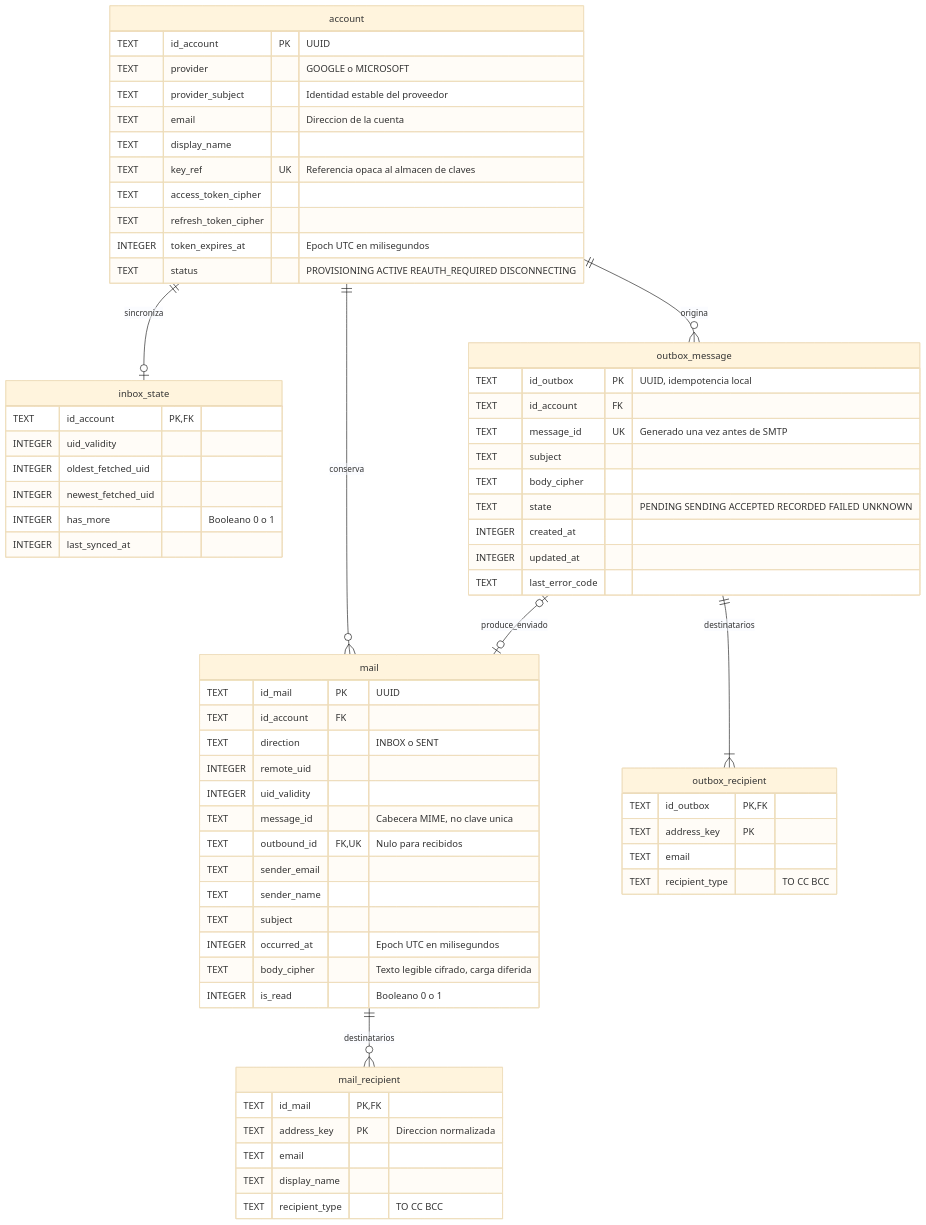
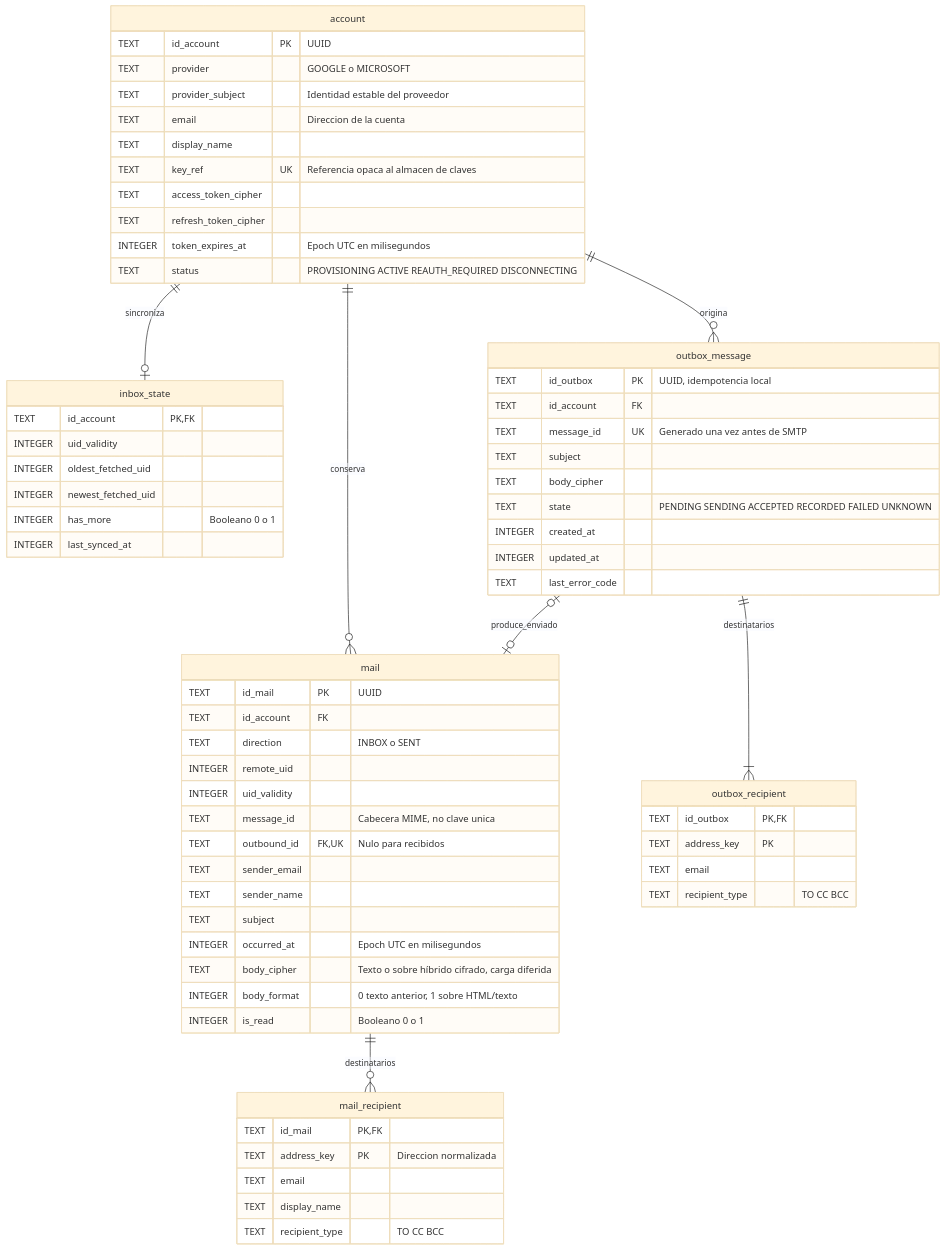
Before and after one commit to JuanPablo72000/evermail: the diagram in docs/diagrams/er-diagram.md, drawn with Mermaid (base theme). The commit also changed other lines of this file and 29 other files, not shown here.

````diff
--- a/docs/diagrams/er-diagram.md
+++ b/docs/diagrams/er-diagram.md
@@ -5,68 +5,69 @@
 ```mermaid
 erDiagram
     account {
         TEXT id_account PK "UUID"
         TEXT provider "GOOGLE o MICROSOFT"
         TEXT provider_subject "Identidad estable del proveedor"
         TEXT email "Direccion de la cuenta"
         TEXT display_name
         TEXT key_ref UK "Referencia opaca al almacen de claves"
         TEXT access_token_cipher
         TEXT refresh_token_cipher
         INTEGER token_expires_at "Epoch UTC en milisegundos"
         TEXT status "PROVISIONING ACTIVE REAUTH_REQUIRED DISCONNECTING"
     }
     inbox_state {
         TEXT id_account PK, FK
         INTEGER uid_validity
         INTEGER oldest_fetched_uid
         INTEGER newest_fetched_uid
         INTEGER has_more "Booleano 0 o 1"
         INTEGER last_synced_at
     }
     mail {
         TEXT id_mail PK "UUID"
         TEXT id_account FK
         TEXT direction "INBOX o SENT"
         INTEGER remote_uid
         INTEGER uid_validity
         TEXT message_id "Cabecera MIME, no clave unica"
         TEXT outbound_id FK, UK "Nulo para recibidos"
         TEXT sender_email
         TEXT sender_name
         TEXT subject
         INTEGER occurred_at "Epoch UTC en milisegundos"
-        TEXT body_cipher "Texto legible cifrado, carga diferida"
+        TEXT body_cipher "Texto o sobre híbrido cifrado, carga diferida"
+        INTEGER body_format "0 texto anterior, 1 sobre HTML/texto"
         INTEGER is_read "Booleano 0 o 1"
     }
     mail_recipient {
         TEXT id_mail PK, FK
         TEXT address_key PK "Direccion normalizada"
         TEXT email
         TEXT display_name
         TEXT recipient_type "TO CC BCC"
     }
     outbox_message {
         TEXT id_outbox PK "UUID, idempotencia local"
         TEXT id_account FK
         TEXT message_id UK "Generado una vez antes de SMTP"
         TEXT subject
         TEXT body_cipher
         TEXT state "PENDING SENDING ACCEPTED RECORDED FAILED UNKNOWN"
         INTEGER created_at
         INTEGER updated_at
         TEXT last_error_code
     }
     outbox_recipient {
         TEXT id_outbox PK, FK
         TEXT address_key PK
         TEXT email
         TEXT recipient_type "TO CC BCC"
     }
     account ||--o| inbox_state : sincroniza
     account ||--o{ mail : conserva
     account ||--o{ outbox_message : origina
     mail ||--o{ mail_recipient : destinatarios
     outbox_message ||--|{ outbox_recipient : destinatarios
     outbox_message |o--o| mail : produce_enviado
 ```
````
